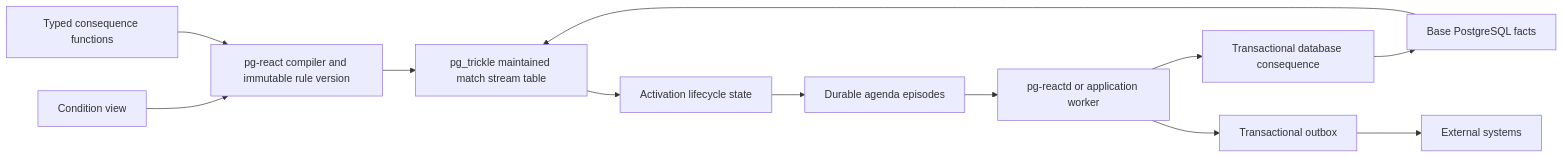
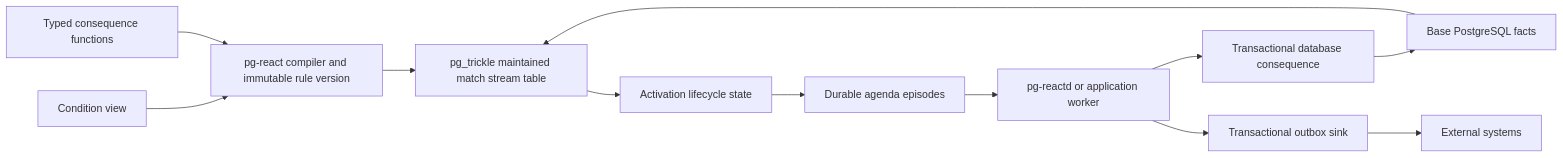
Before and after one commit to trickle-labs/pg-react: the first of 3 diagrams in DESIGN.md, drawn with Mermaid. The commit also changed other lines of this file and 3 other files, not shown here.

````diff
--- a/DESIGN.md
+++ b/DESIGN.md
@@ -48,14 +53,14 @@
 ```mermaid
 flowchart LR
     V[Condition view] --> C[pg-react compiler and immutable rule version]
     C --> T[pg_trickle maintained match stream table]
     T --> A[Activation lifecycle state]
     A --> Q[Durable agenda episodes]
     F[Typed consequence functions] --> C
     Q --> W[pg-reactd or application worker]
     W --> D[Transactional database consequence]
-    W --> O[Transactional outbox]
+    W --> O[Transactional outbox sink]
     D --> B[Base PostgreSQL facts]
     O --> X[External systems]
     B --> T
 ```
````
